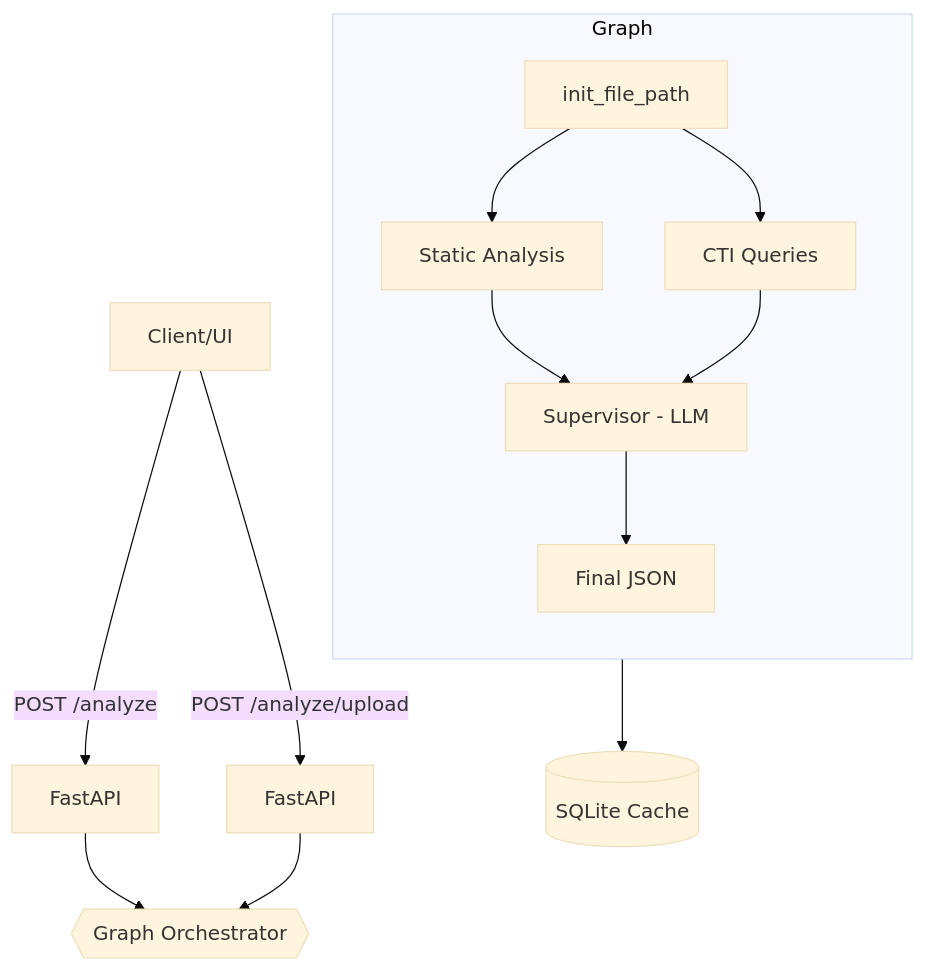
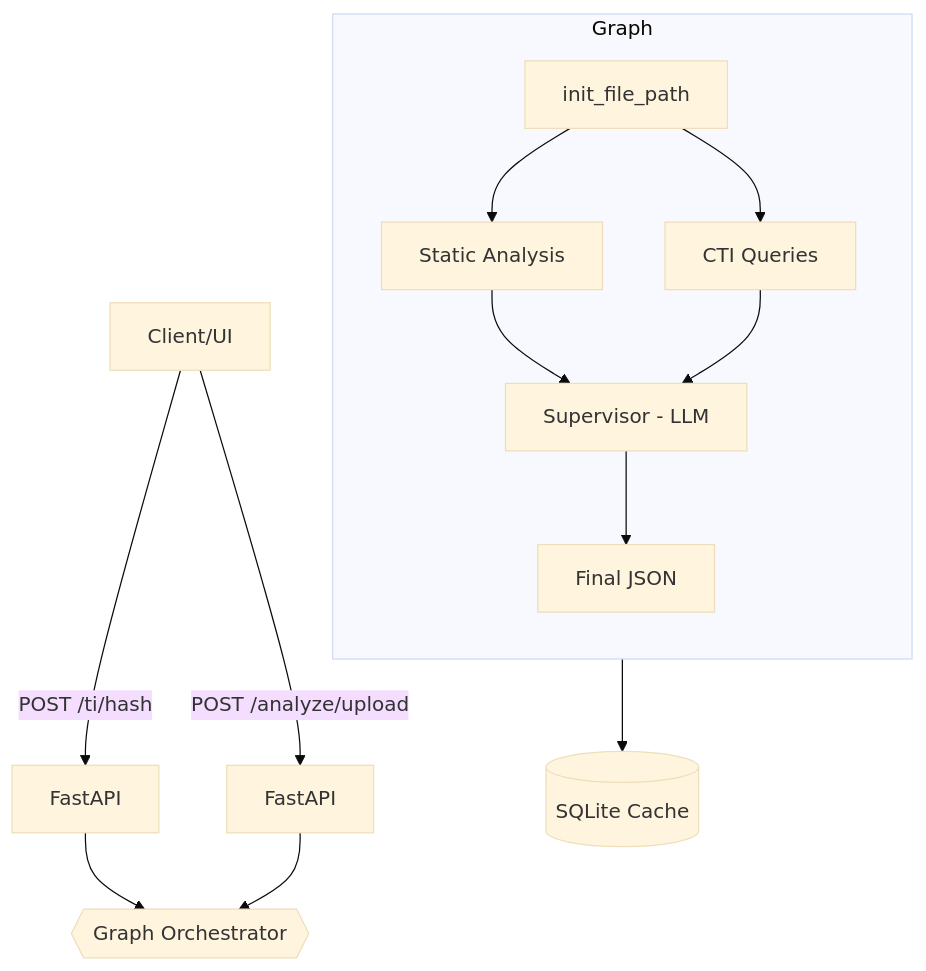
Before and after one commit to akajhon/MalOps-Agent: the diagram in README.md, drawn with Mermaid (base theme). The commit also changed other lines of this file and 7 other files, not shown here.

````diff
--- a/README.md
+++ b/README.md
@@ -34,18 +36,18 @@
 ```mermaid
 flowchart TD
-  A[Client/UI] -->|POST /analyze| B[FastAPI]
+  A[Client/UI] -->|POST /ti/hash| B[FastAPI]
   A -->|POST /analyze/upload| B2[FastAPI]
   B --> C{{Graph Orchestrator}}
   B2 --> C
 
   subgraph C_Graph[Graph]
     direction TB
     IFP[init_file_path] --> SA[Static Analysis]
     IFP --> CTI[CTI Queries]
     SA --> SUP[Supervisor - LLM]
     CTI --> SUP
     SUP --> OUT[Final JSON]
   end
 
   OUT --> DB[(SQLite Cache)]
 ```
````
